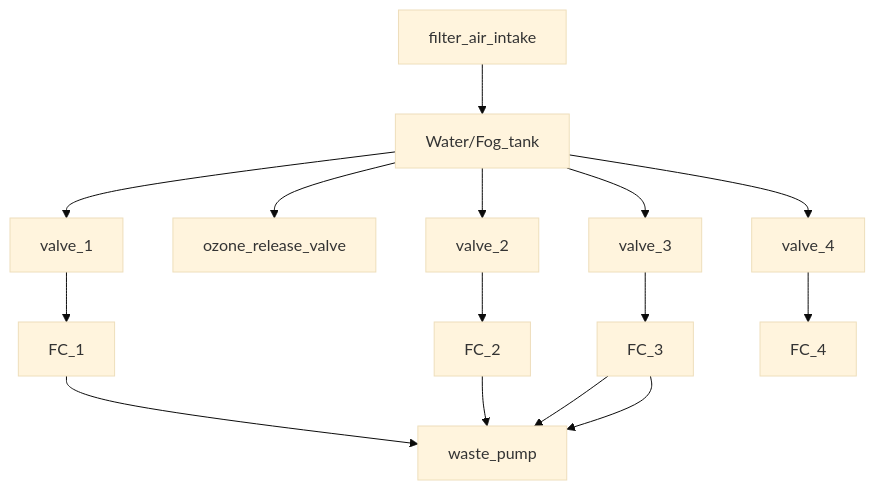
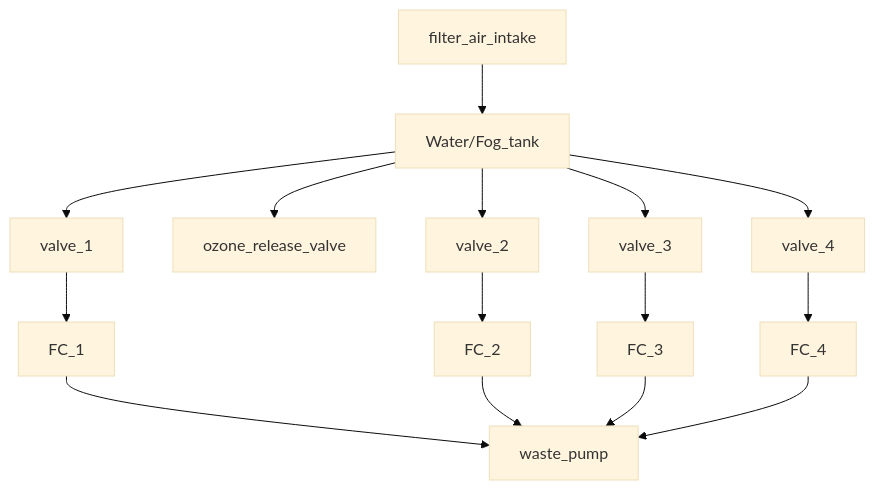
One commit to StevenAndrewsII/Fung_OS changed the third of 3 diagrams in README.md. Above: the diagram before and after it, drawn with Mermaid (base theme).

````diff
--- a/README.md
+++ b/README.md
@@ -135,15 +135,15 @@
 ```mermaid
 graph TD;
    filter_air_intake-->Water/Fog_tank-->valve_1 -->FC_1;
    Water/Fog_tank-->ozone_release_valve;
    Water/Fog_tank-->valve_2-->FC_2;
    Water/Fog_tank-->valve_3-->FC_3;
    Water/Fog_tank-->valve_4-->FC_4;
 
    FC_1 --> waste_pump;
    FC_2 --> waste_pump;
    FC_3 --> waste_pump;
-   FC_3 --> waste_pump;
+   FC_4 --> waste_pump;
 
   
 ```
````
